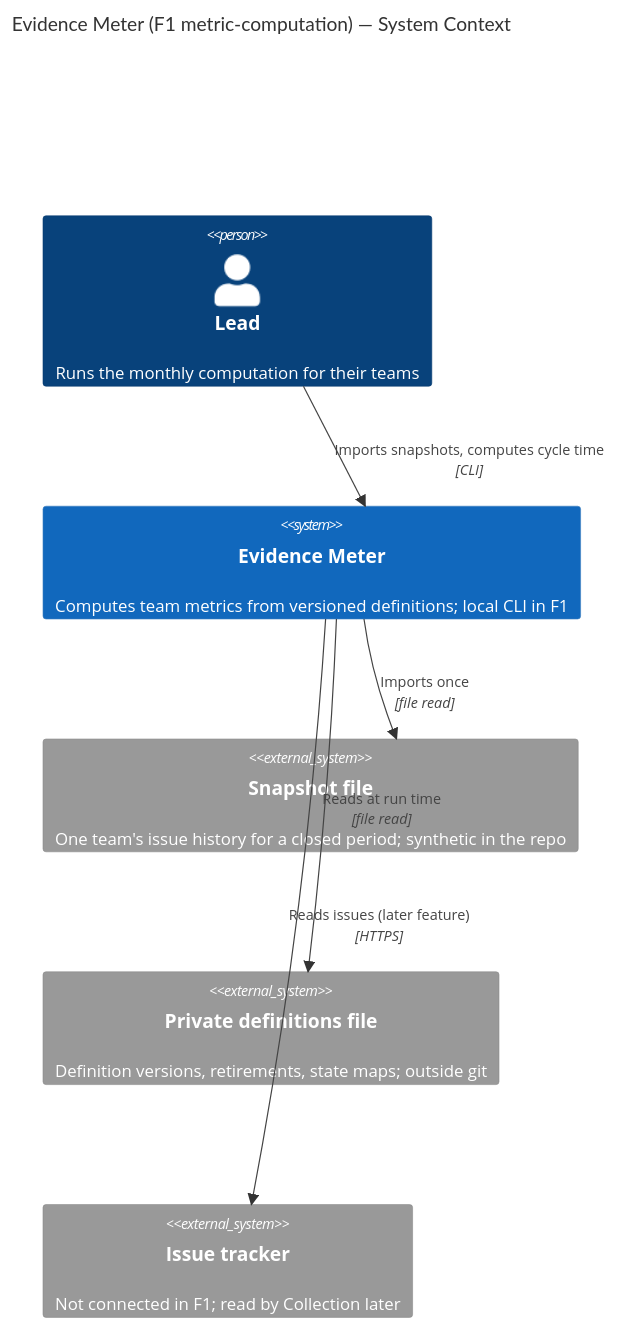
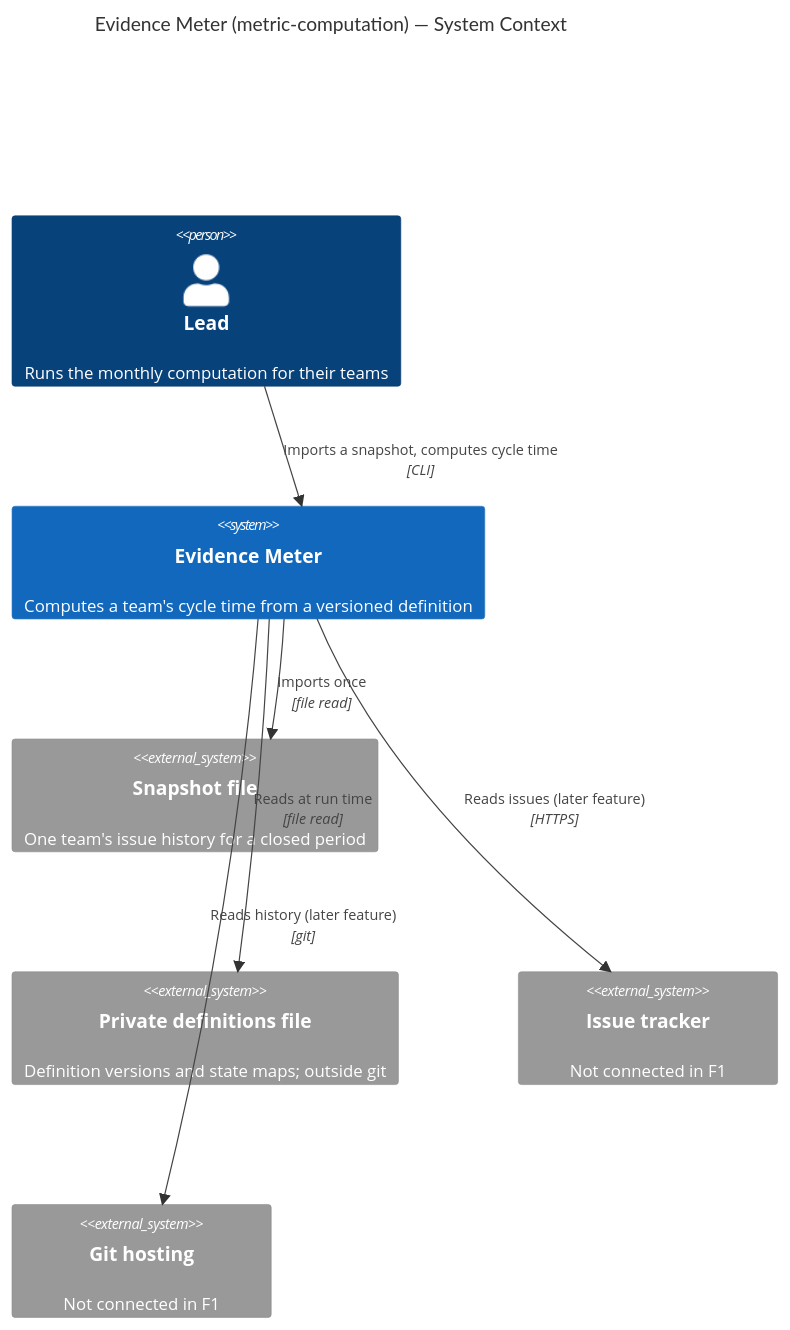
Before and after one commit to AlexPanchenko/evidence-meter: the first of 4 diagrams in docs/features/metric-computation/sad.md, drawn with Mermaid. The commit also changed other lines of this file and 20 other files, not shown here.

````diff
--- a/docs/features/metric-computation/sad.md
+++ b/docs/features/metric-computation/sad.md
@@ -99,15 +91,17 @@
 ```mermaid
 C4Context
-    title Evidence Meter (F1 metric-computation) — System Context
+    title Evidence Meter (metric-computation) — System Context
 
     Person(lead, "Lead", "Runs the monthly computation for their teams")
-    System(em, "Evidence Meter", "Computes team metrics from versioned definitions; local CLI in F1")
-    System_Ext(snap, "Snapshot file", "One team's issue history for a closed period; synthetic in the repo")
-    System_Ext(defs, "Private definitions file", "Definition versions, retirements, state maps; outside git")
-    System_Ext(tracker, "Issue tracker", "Not connected in F1; read by Collection later")
+    System(em, "Evidence Meter", "Computes a team's cycle time from a versioned definition")
+    System_Ext(snap, "Snapshot file", "One team's issue history for a closed period")
+    System_Ext(defs, "Private definitions file", "Definition versions and state maps; outside git")
+    System_Ext(tracker, "Issue tracker", "Not connected in F1")
+    System_Ext(git, "Git hosting", "Not connected in F1")
 
-    Rel(lead, em, "Imports snapshots, computes cycle time", "CLI")
+    Rel(lead, em, "Imports a snapshot, computes cycle time", "CLI")
     Rel(em, snap, "Imports once", "file read")
     Rel(em, defs, "Reads at run time", "file read")
     Rel(em, tracker, "Reads issues (later feature)", "HTTPS")
+    Rel(em, git, "Reads history (later feature)", "git")
 ```
````
